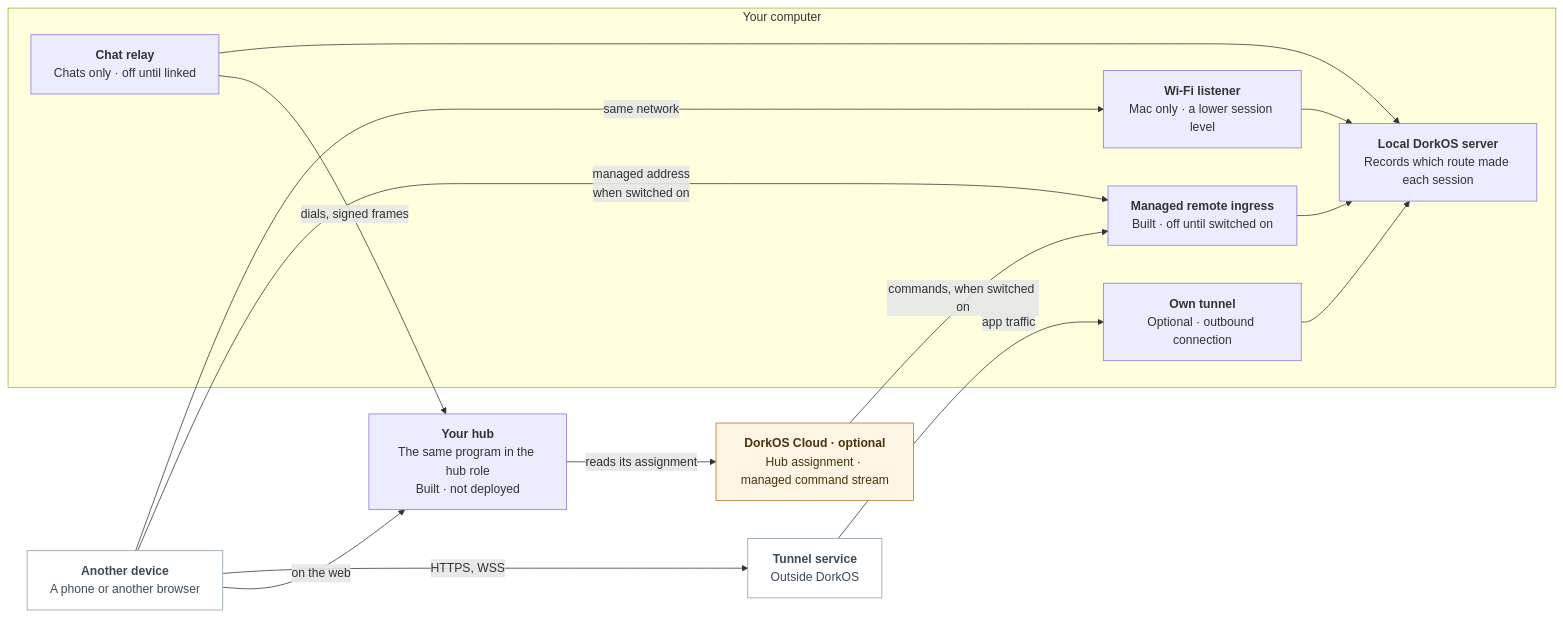
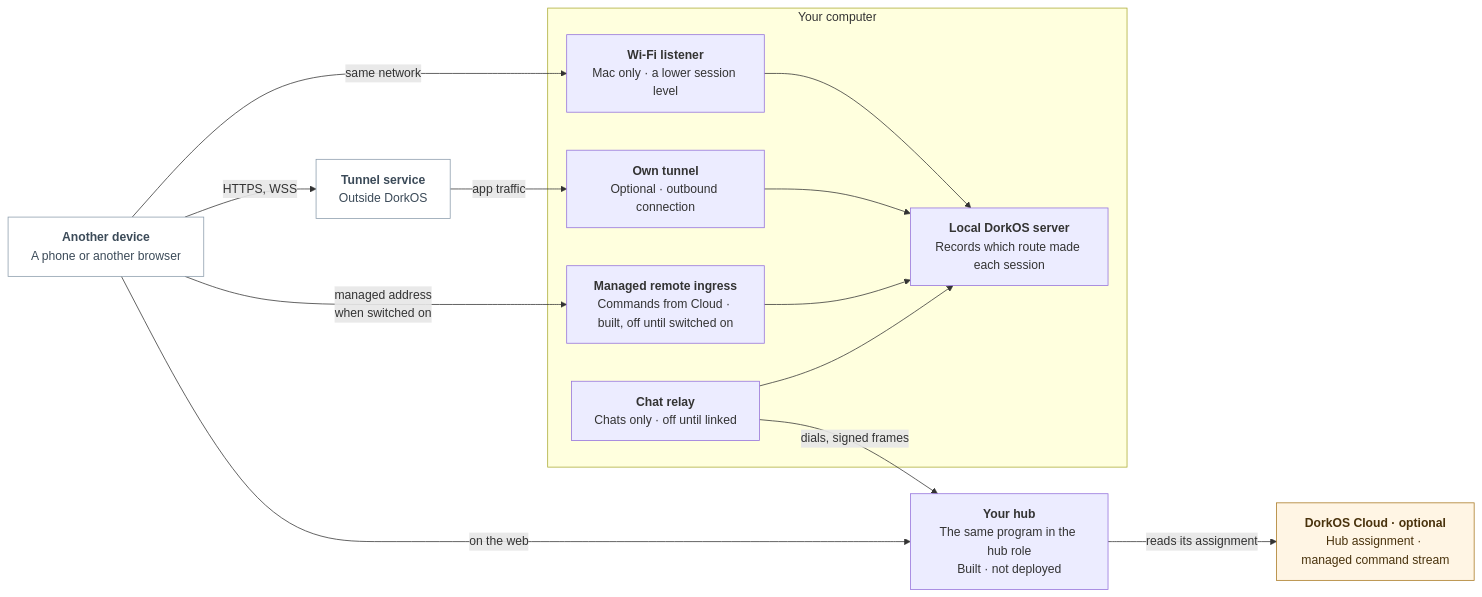
One commit to dork-labs/dorkos changed the diagram in contributing/diagrams/architecture/remote-access.mmd. Above: the diagram before and after it, drawn with Mermaid. The commit also changed 16 other files, not shown here.

First line of the commit message:
docs(architecture): render the restyled diagrams, and untangle the three loops

```diff
--- a/contributing/diagrams/architecture/remote-access.mmd
+++ b/contributing/diagrams/architecture/remote-access.mmd
@@ -1,34 +1,33 @@
 flowchart LR
   accTitle: Ways in to your DorkOS from another device
   accDescr: Four routes reach a person's own DorkOS server from elsewhere, and each is a different route: the Wi-Fi listener on the same network, the person's own tunnel, managed remote ingress, and the chat relay through a hub. A session made on one route is refused on another. The relay carries chats only and dials the hub the computer pinned, not Cloud. The tunnel and the Wi-Fi listener are shipped; managed remote and the relay are built and off by default; the hub is built and not deployed.
 
   device["<b>Another device</b><br/><span class='d'>A phone or another browser</span>"]
   tunnelsvc["<b>Tunnel service</b><br/><span class='d'>Outside DorkOS</span>"]
   hub["<b>Your hub</b><br/><span class='d'>The same program in the hub role<br/>Built · not deployed</span>"]
   cloud["<b>DorkOS Cloud · optional</b><br/><span class='d'>Hub assignment · managed command stream</span>"]
 
   subgraph mac["Your computer"]
     wifi["<b>Wi-Fi listener</b><br/><span class='d'>Mac only · a lower session level</span>"]
     tunnel["<b>Own tunnel</b><br/><span class='d'>Optional · outbound connection</span>"]
-    remote["<b>Managed remote ingress</b><br/><span class='d'>Built · off until switched on</span>"]
+    remote["<b>Managed remote ingress</b><br/><span class='d'>Commands from Cloud · built, off until switched on</span>"]
     relay["<b>Chat relay</b><br/><span class='d'>Chats only · off until linked</span>"]
     local["<b>Local DorkOS server</b><br/><span class='d'>Records which route made each session</span>"]
     wifi --> local
     tunnel --> local
     remote --> local
     relay --> local
   end
 
   device -->|"same network"| wifi
   device -->|"HTTPS, WSS"| tunnelsvc
   tunnelsvc -->|"app traffic"| tunnel
   device -->|"managed address<br/><span class='d'>when switched on</span>"| remote
   device -->|"on the web"| hub
   relay -->|"dials, signed frames"| hub
   hub -->|"reads its assignment"| cloud
-  cloud -->|"commands, when switched on"| remote
 
   classDef cloud fill:#fff5e4,stroke:#a87720,color:#49320c
   classDef external fill:#ffffff,stroke:#8a9bab,color:#3b4a58
   class cloud cloud
   class device,tunnelsvc external
```
